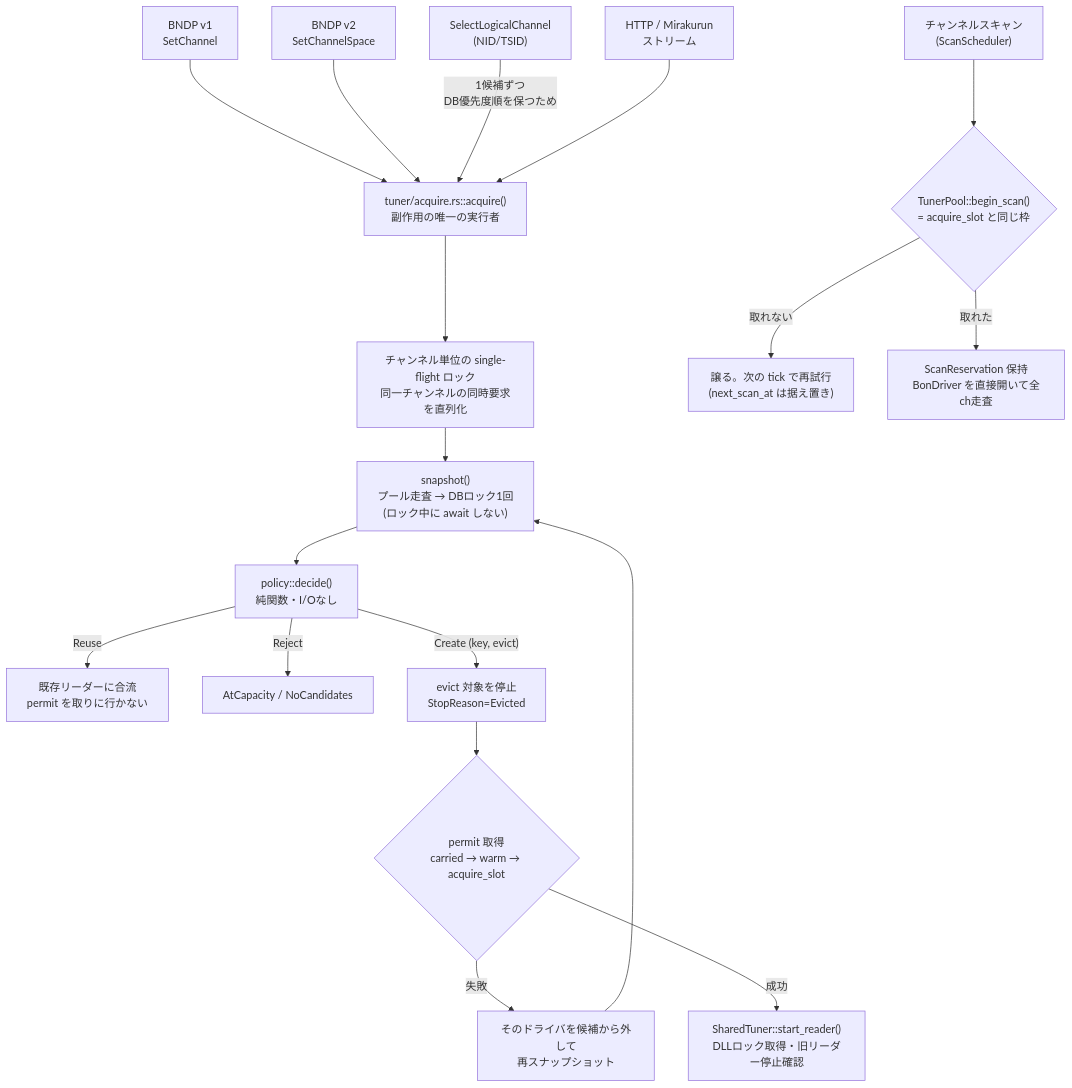
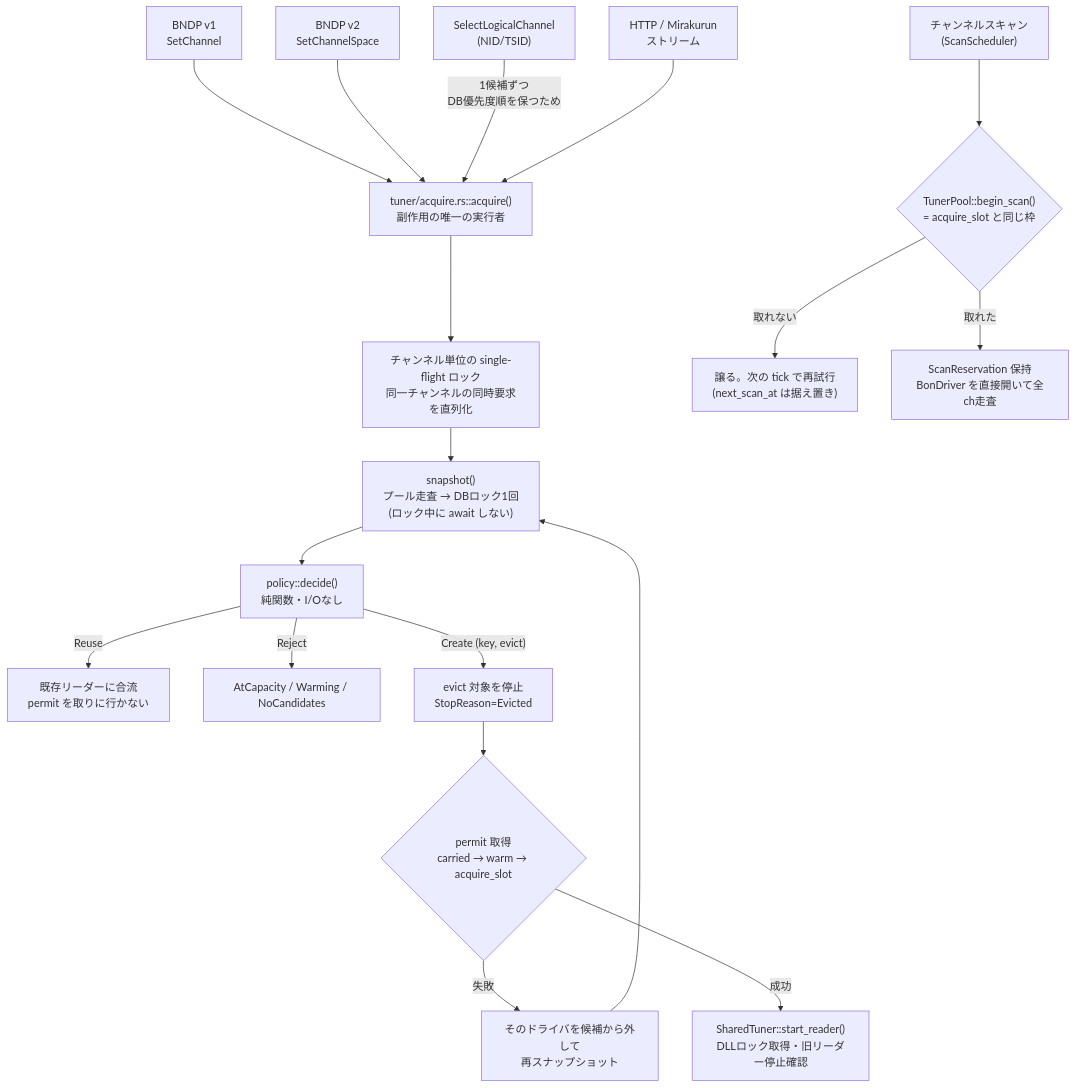
The second of 7 diagrams in docs/DESIGN.md (stuayu/recisdb-proxy-rs), drawn with Mermaid before and after one commit. The commit also changed other lines of this file and 16 other files, not shown here.

````diff
--- a/docs/DESIGN.md
+++ b/docs/DESIGN.md
@@ -269,31 +280,31 @@
 ```mermaid
 flowchart TD
     V1["BNDP v1<br/>SetChannel"]
     V2["BNDP v2<br/>SetChannelSpace"]
     V3["SelectLogicalChannel<br/>(NID/TSID)"]
     V4["HTTP / Mirakurun<br/>ストリーム"]
     SC["チャンネルスキャン<br/>(ScanScheduler)"]
 
     V1 --> ACQ
     V2 --> ACQ
     V3 -->|"1候補ずつ<br/>DB優先度順を保つため"| ACQ
     V4 --> ACQ
 
     ACQ["tuner/acquire.rs::acquire()<br/>副作用の唯一の実行者"]
     ACQ --> LOCK["チャンネル単位の single-flight ロック<br/>同一チャンネルの同時要求を直列化"]
     LOCK --> SNAP["snapshot()<br/>プール走査 → DBロック1回<br/>(ロック中に await しない)"]
     SNAP --> DEC["policy::decide()<br/>純関数・I/Oなし"]
 
     DEC -->|Reuse| REUSE["既存リーダーに合流<br/>permit を取りに行かない"]
-    DEC -->|Reject| REJ["AtCapacity / NoCandidates"]
+    DEC -->|Reject| REJ["AtCapacity / Warming / NoCandidates"]
     DEC -->|"Create (key, evict)"| EVICT["evict 対象を停止<br/>StopReason=Evicted"]
 
     EVICT --> PERM{"permit 取得<br/>carried → warm → acquire_slot"}
     PERM -->|失敗| RETRY["そのドライバを候補から外して<br/>再スナップショット"]
     RETRY --> SNAP
     PERM -->|成功| START["SharedTuner::start_reader()<br/>DLLロック取得・旧リーダー停止確認"]
 
     SC --> BEGIN{"TunerPool::begin_scan()<br/>= acquire_slot と同じ枠"}
     BEGIN -->|取れない| DEFER["譲る。次の tick で再試行<br/>(next_scan_at は据え置き)"]
     BEGIN -->|取れた| SCANRUN["ScanReservation 保持<br/>BonDriver を直接開いて全ch走査"]
 ```
````
